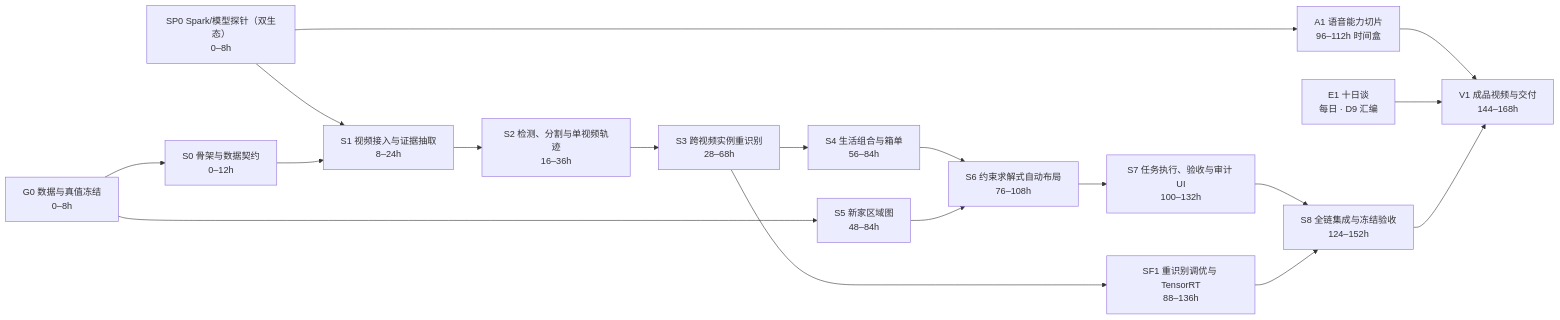
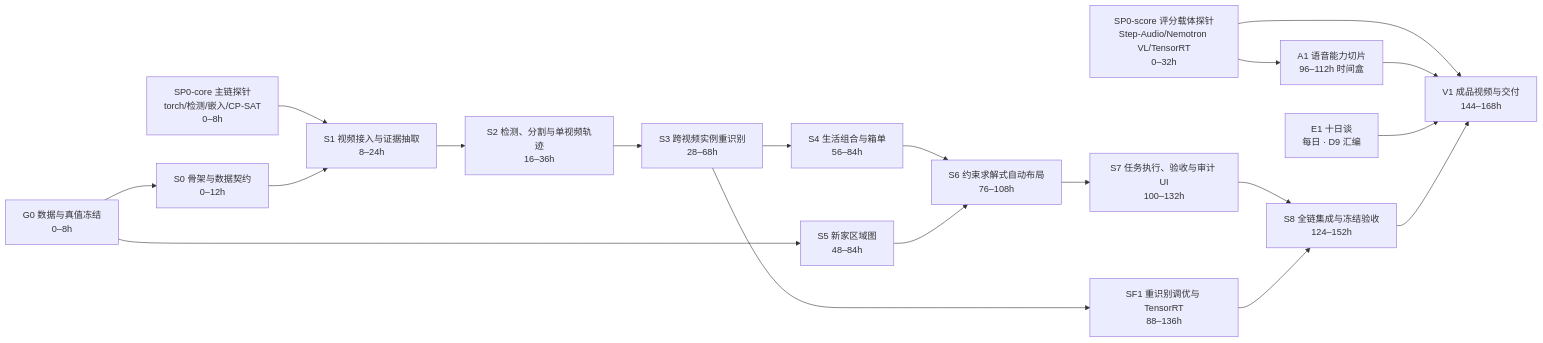
The diagram in docs/AI搬家复原Agent_七日落地切片_v0.3.md (seandongAne/niantoutongda-dgx-spark), drawn with Mermaid before and after one commit. The commit also changed other lines of this file and 11 other files, not shown here.

````diff
--- a/docs/AI搬家复原Agent_七日落地切片_v0.3.md
+++ b/docs/AI搬家复原Agent_七日落地切片_v0.3.md
@@ -32,20 +32,21 @@
 ```mermaid
 flowchart LR
     G0["G0 数据与真值冻结<br/>0–8h"] --> S0["S0 骨架与数据契约<br/>0–12h"]
-    SP0["SP0 Spark/模型探针（双生态）<br/>0–8h"] --> S1
-    SP0 --> A1["A1 语音能力切片<br/>96–112h 时间盒"]
+    SP0C["SP0-core 主链探针<br/>torch/检测/嵌入/CP-SAT<br/>0–8h"] --> S1
+    SP0S["SP0-score 评分载体探针<br/>Step-Audio/Nemotron VL/TensorRT<br/>0–32h"] --> A1["A1 语音能力切片<br/>96–112h 时间盒"]
+    SP0S --> V1
     A1 --> V1
     E1["E1 十日谈<br/>每日 · D9 汇编"] --> V1
     S0 --> S1["S1 视频接入与证据抽取<br/>8–24h"]
     S1 --> S2["S2 检测、分割与单视频轨迹<br/>16–36h"]
     S2 --> S3["S3 跨视频实例重识别<br/>28–68h"]
     S3 --> S4["S4 生活组合与箱单<br/>56–84h"]
     G0 --> S5["S5 新家区域图<br/>48–84h"]
     S4 --> S6["S6 约束求解式自动布局<br/>76–108h"]
     S5 --> S6
     S6 --> S7["S7 任务执行、验收与审计 UI<br/>100–132h"]
     S3 --> SF1["SF1 重识别调优与 TensorRT<br/>88–136h"]
     S7 --> S8["S8 全链集成与冻结验收<br/>124–152h"]
     SF1 --> S8
     S8 --> V1["V1 成品视频与交付<br/>144–168h"]
 ```
````
